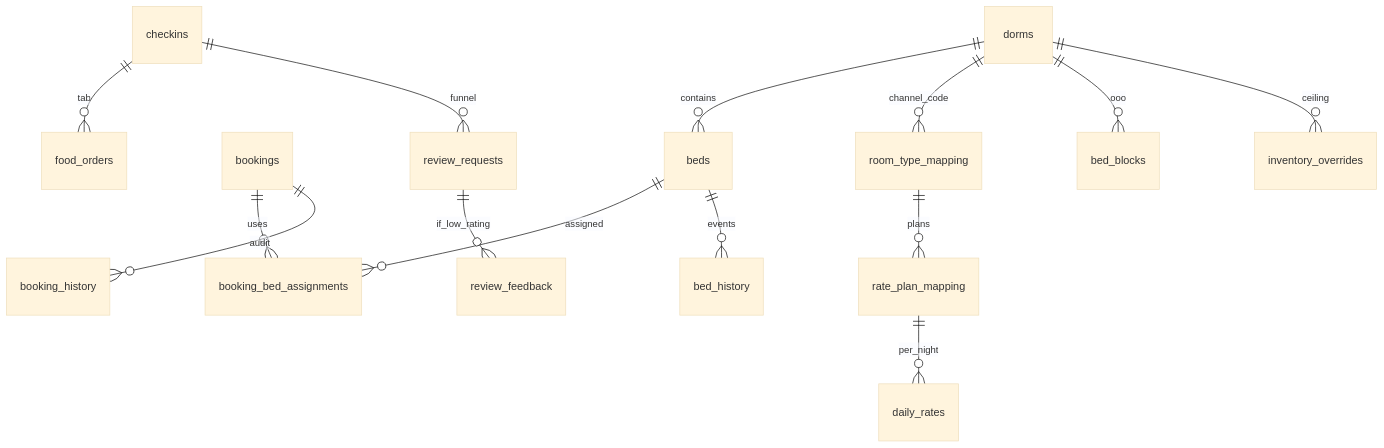
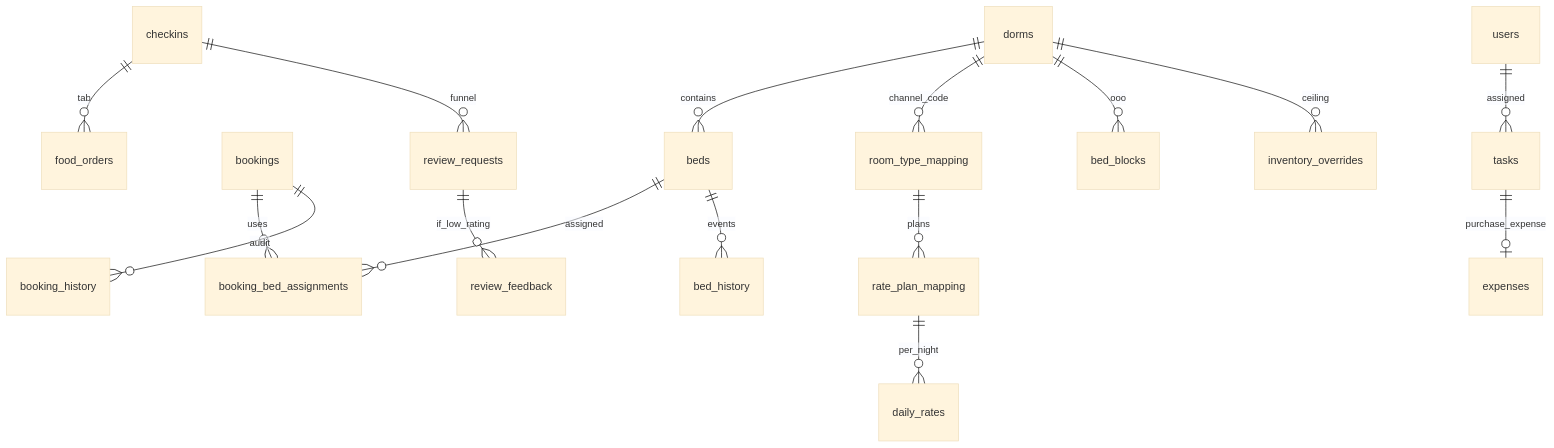
Before and after one commit to thegokosocial/GokoHostelWebpages: the third of 10 diagrams in docs/relationships.md, drawn with Mermaid (base theme). The commit also changed other lines of this file and 24 other files, not shown here.

````diff
--- a/docs/relationships.md
+++ b/docs/relationships.md
@@ -109,16 +109,18 @@
 ```mermaid
 erDiagram
   dorms ||--o{ beds : contains
   beds ||--o{ booking_bed_assignments : assigned
   bookings ||--o{ booking_bed_assignments : uses
   bookings ||--o{ booking_history : audit
   checkins ||--o{ food_orders : tab
   checkins ||--o{ review_requests : funnel
   review_requests ||--o{ review_feedback : if_low_rating
   dorms ||--o{ room_type_mapping : channel_code
   room_type_mapping ||--o{ rate_plan_mapping : plans
   rate_plan_mapping ||--o{ daily_rates : per_night
   dorms ||--o{ bed_blocks : ooo
   dorms ||--o{ inventory_overrides : ceiling
   beds ||--o{ bed_history : events
+  users ||--o{ tasks : assigned
+  tasks ||--o| expenses : purchase_expense
 ```
````
